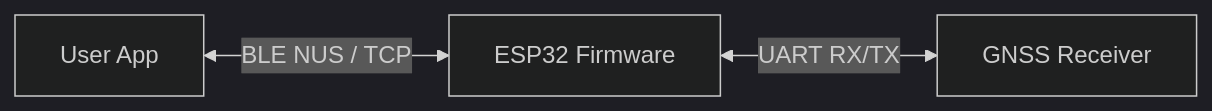
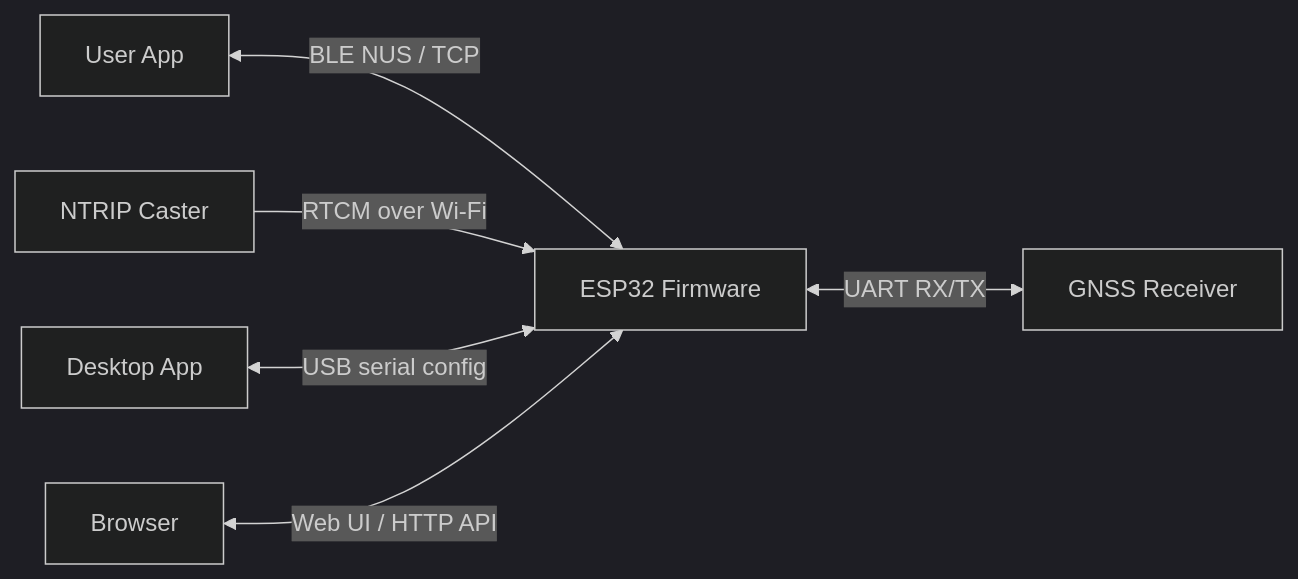
The diagram in README.md (entr0-pi/gnss), drawn with Mermaid (dark theme) before and after one commit. The commit also changed other lines of this file and 4 other files, not shown here.

````diff
--- a/README.md
+++ b/README.md
@@ -36,5 +66,8 @@
 ```mermaid
 flowchart LR
   USER[User App] <-->|BLE NUS / TCP| ESP32[ESP32 Firmware]
   ESP32 <-->|UART RX/TX| GNSS[GNSS Receiver]
+  CASTER[NTRIP Caster] -->|RTCM over Wi-Fi| ESP32
+  DESK[Desktop App] <-->|USB serial config| ESP32
+  BROWSER[Browser] <-->|Web UI / HTTP API| ESP32
 ```
````
